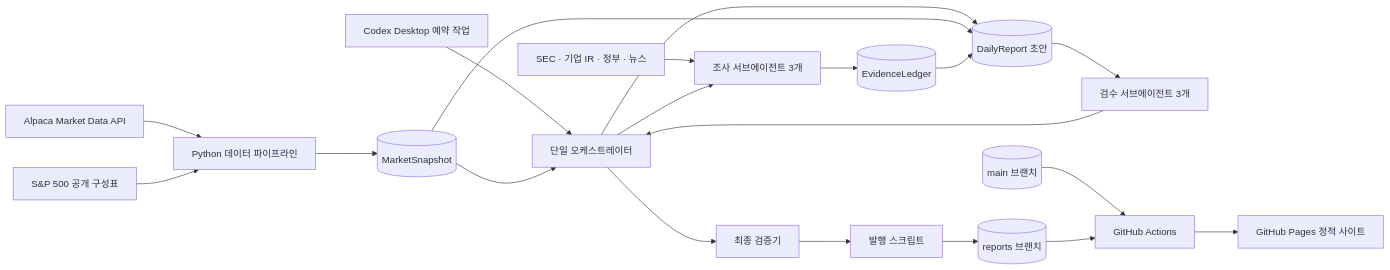
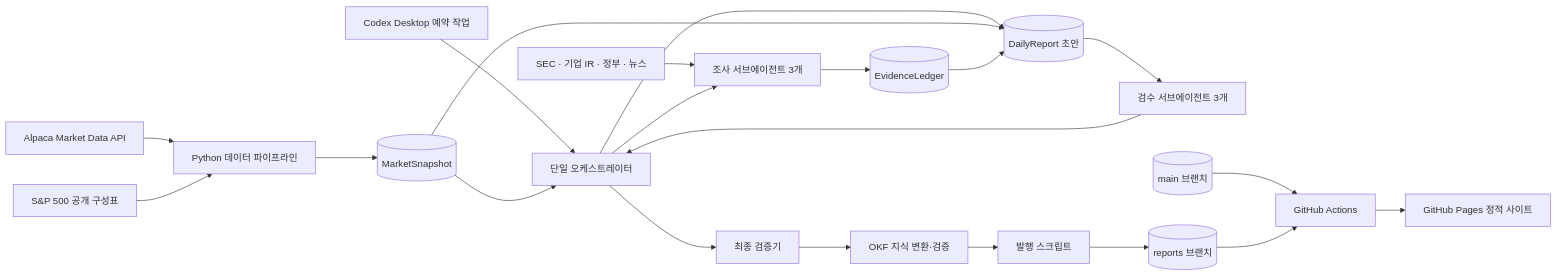
One commit to euisuk-chung/Stocks-tracker changed the first of 2 diagrams in ARCHITECTURE.md. Above: the diagram before and after it, drawn with Mermaid. The commit also changed other lines of this file and 139 other files, not shown here.

````diff
--- a/ARCHITECTURE.md
+++ b/ARCHITECTURE.md
@@ -22,22 +22,23 @@
 ```mermaid
 flowchart LR
     Scheduler[Codex Desktop 예약 작업] --> Orchestrator[단일 오케스트레이터]
     Alpaca[Alpaca Market Data API] --> Pipeline[Python 데이터 파이프라인]
     Universe[S&P 500 공개 구성표] --> Pipeline
     Pipeline --> Snapshot[(MarketSnapshot)]
     Snapshot --> Orchestrator
     Sources[SEC · 기업 IR · 정부 · 뉴스] --> Researchers[조사 서브에이전트 3개]
     Orchestrator --> Researchers
     Researchers --> Ledger[(EvidenceLedger)]
     Orchestrator --> Draft[(DailyReport 초안)]
     Snapshot --> Draft
     Ledger --> Draft
     Draft --> Reviewers[검수 서브에이전트 3개]
     Reviewers --> Orchestrator
     Orchestrator --> Validator[최종 검증기]
-    Validator --> Publisher[발행 스크립트]
+    Validator --> Knowledge[OKF 지식 변환·검증]
+    Knowledge --> Publisher[발행 스크립트]
     Publisher --> ReportsBranch[(reports 브랜치)]
     MainBranch[(main 브랜치)] --> Actions[GitHub Actions]
     ReportsBranch --> Actions
     Actions --> Pages[GitHub Pages 정적 사이트]
 ```
````
